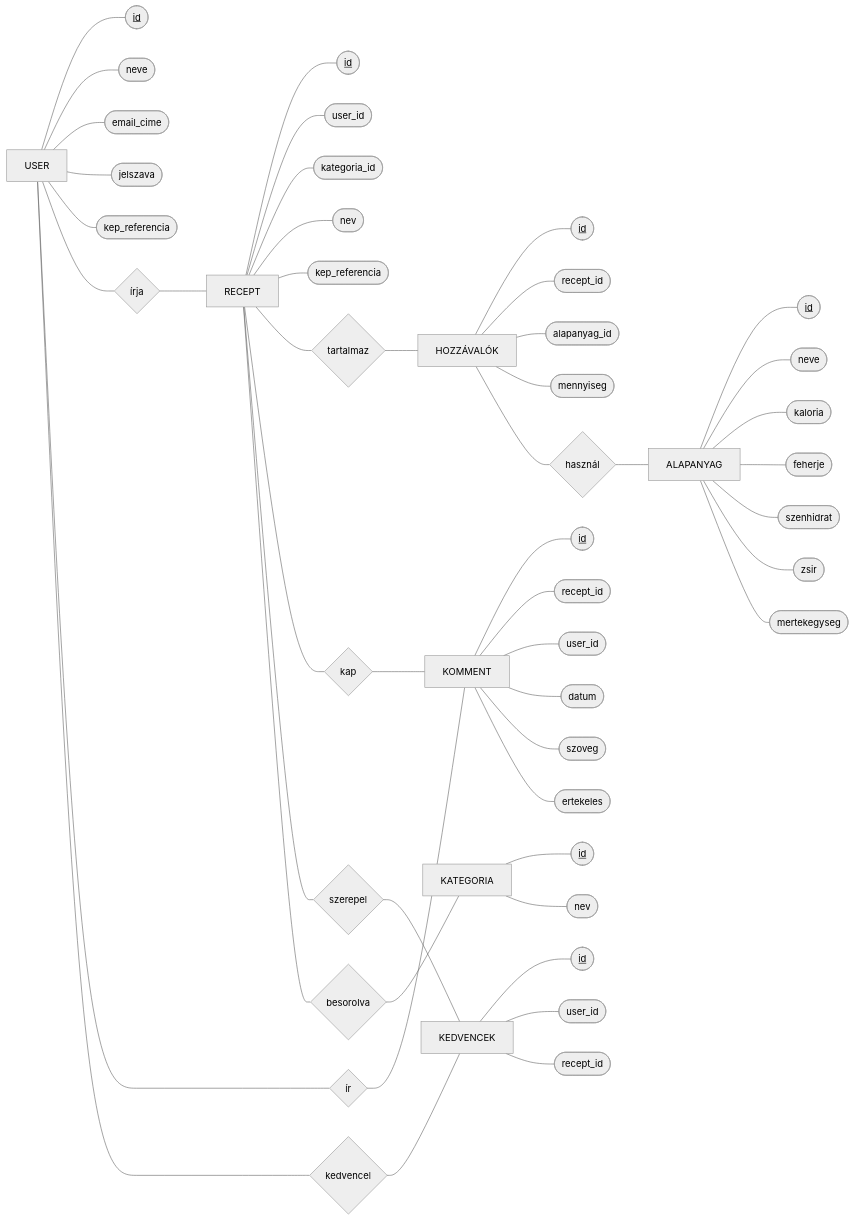
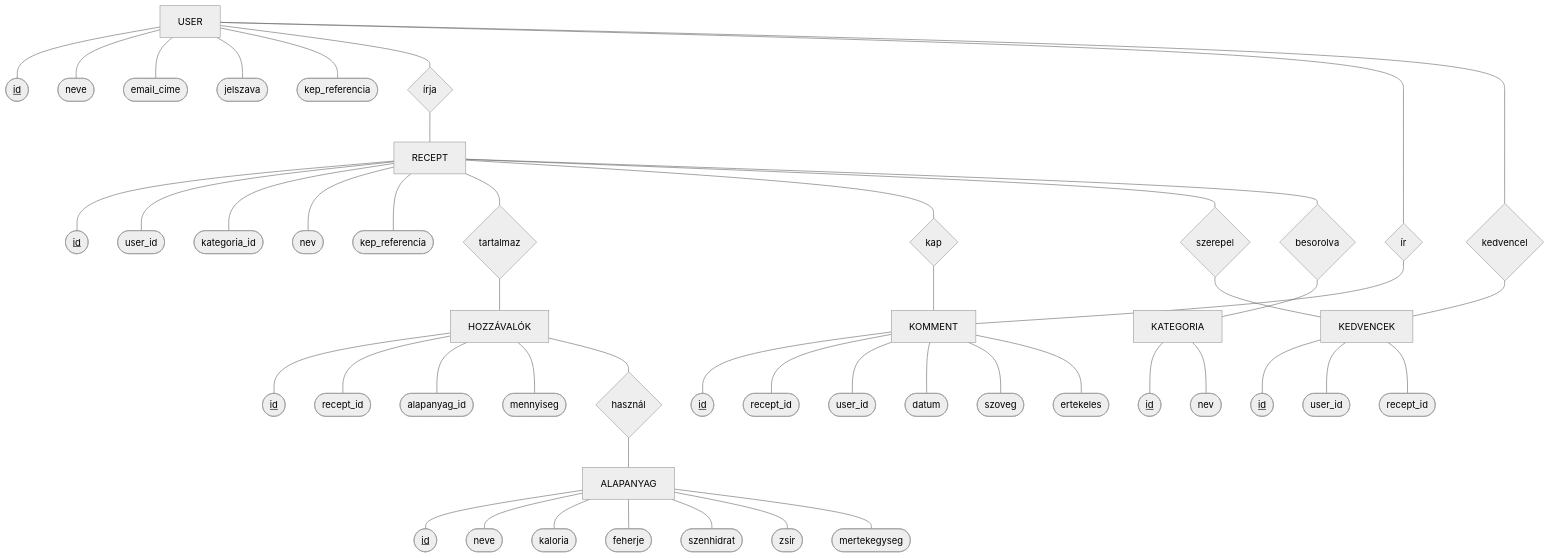
One commit to bencebenko/afp-recipe-sharing changed the eighth of 9 diagrams in docs/1.Rendszerterv dokumentáció.MD. Above: the diagram before and after it, drawn with Mermaid (neutral theme). The commit also changed other lines of this file, not shown here.

Commit message:
Changed ER from LR to TD for better result and changed DS text color to work on github light mode too

````diff
--- a/docs/1.Rendszerterv dokumentáció.MD
+++ b/docs/1.Rendszerterv dokumentáció.MD
@@ -401,5 +401,5 @@
 ```mermaid
-flowchart LR
+flowchart TD
     %% === ENTITÁSOK ===
     USER[USER]
     KATEGORIA[KATEGORIA]
````
